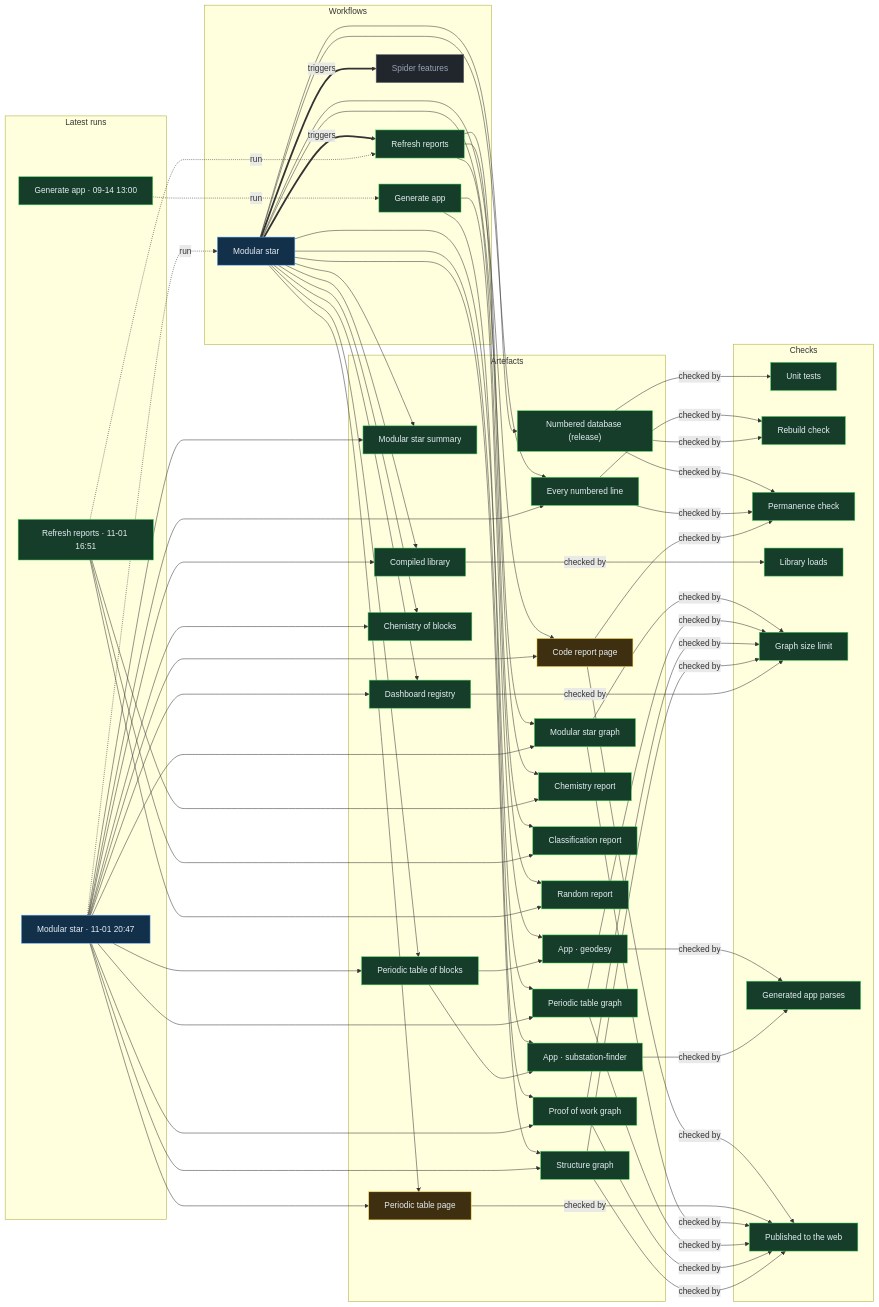
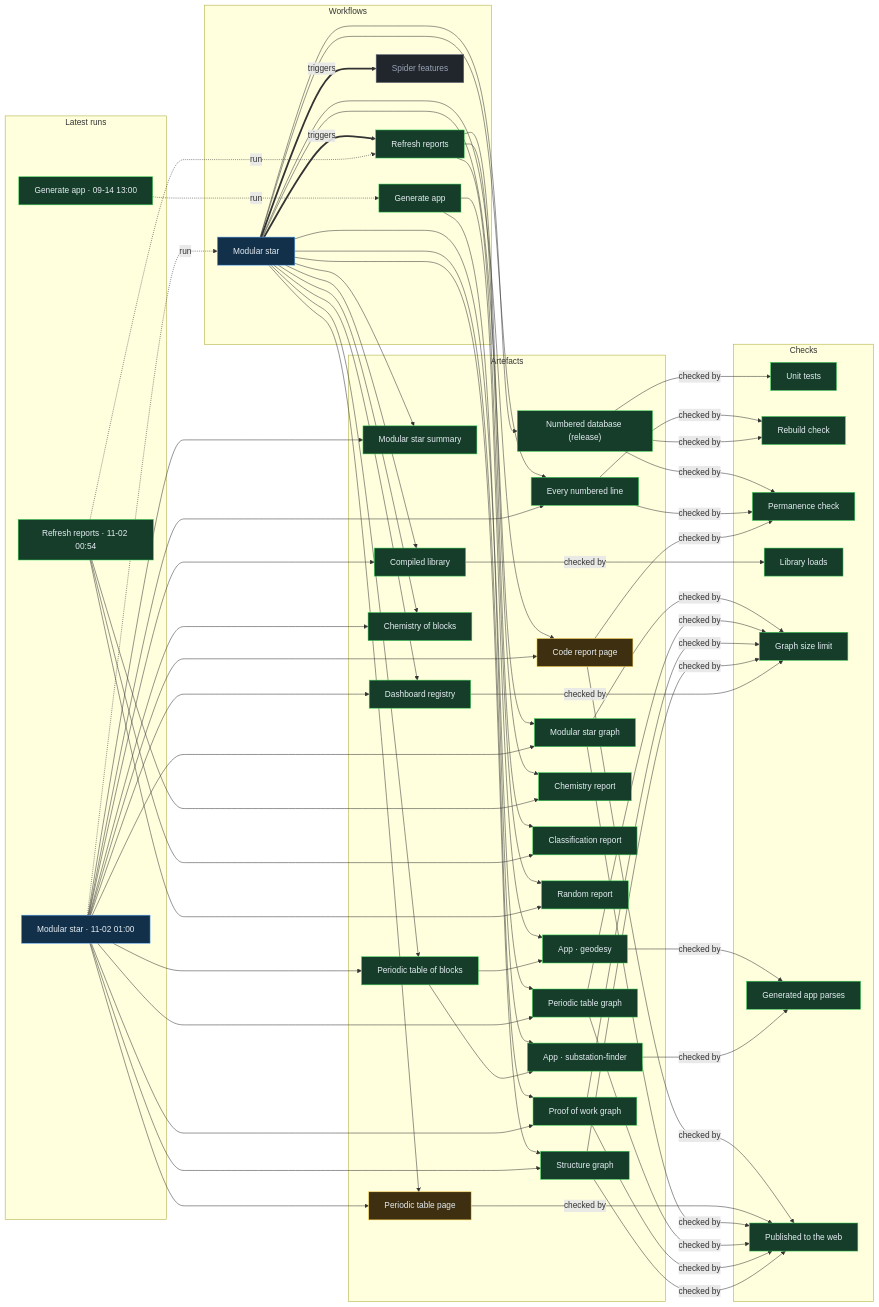
One commit to Ventusltd/stars changed the diagram in proof/PROOF.md. Above: the diagram before and after it, drawn with Mermaid. The commit also changed other lines of this file and 170 other files, not shown here.

Commit message:
Modular star 2026-11-02T01:03Z

```diff
--- a/proof/PROOF.md
+++ b/proof/PROOF.md
@@ -24,8 +24,8 @@
   n_wf_spider_features["Spider features"]:::off
   end
   subgraph g_runs["Latest runs"]
-  n_run_41348687167["Modular star · 11-01 20:47"]:::live
-  n_run_41328455057["Refresh reports · 11-01 16:51"]:::ok
+  n_run_41370137985["Modular star · 11-02 01:00"]:::live
+  n_run_41369663817["Refresh reports · 11-02 00:54"]:::ok
   n_run_34846587798["Generate app · 09-14 13:00"]:::ok
   end
   subgraph g_artefacts["Artefacts"]
@@ -59,39 +59,39 @@
   end
   n_wf_modular_star == triggers ==> n_wf_refresh
   n_wf_modular_star == triggers ==> n_wf_spider_features
-  n_run_41348687167 -. run .-> n_wf_modular_star
-  n_run_41328455057 -. run .-> n_wf_refresh
+  n_run_41370137985 -. run .-> n_wf_modular_star
+  n_run_41369663817 -. run .-> n_wf_refresh
   n_run_34846587798 -. run .-> n_wf_generate
   n_wf_modular_star --> n_art_summary
-  n_run_41348687167 --> n_art_summary
+  n_run_41370137985 --> n_art_summary
   n_wf_modular_star --> n_art_lines
-  n_run_41348687167 --> n_art_lines
+  n_run_41370137985 --> n_art_lines
   n_wf_modular_star --> n_art_code
-  n_run_41348687167 --> n_art_code
+  n_run_41370137985 --> n_art_code
   n_wf_modular_star --> n_art_modular_graph
-  n_run_41348687167 --> n_art_modular_graph
+  n_run_41370137985 --> n_art_modular_graph
   n_wf_modular_star --> n_art_blocks
-  n_run_41348687167 --> n_art_blocks
+  n_run_41370137985 --> n_art_blocks
   n_wf_modular_star --> n_art_table
-  n_run_41348687167 --> n_art_table
+  n_run_41370137985 --> n_art_table
   n_wf_modular_star --> n_art_blocks_graph
-  n_run_41348687167 --> n_art_blocks_graph
+  n_run_41370137985 --> n_art_blocks_graph
   n_wf_modular_star --> n_art_reactions
-  n_run_41348687167 --> n_art_reactions
+  n_run_41370137985 --> n_art_reactions
   n_wf_modular_star --> n_art_library
-  n_run_41348687167 --> n_art_library
+  n_run_41370137985 --> n_art_library
   n_wf_modular_star --> n_art_features
-  n_run_41348687167 --> n_art_features
+  n_run_41370137985 --> n_art_features
   n_wf_modular_star --> n_art_proof
-  n_run_41348687167 --> n_art_proof
+  n_run_41370137985 --> n_art_proof
   n_wf_modular_star --> n_art_structure
-  n_run_41348687167 --> n_art_structure
+  n_run_41370137985 --> n_art_structure
   n_wf_refresh --> n_art_chemistry
-  n_run_41328455057 --> n_art_chemistry
+  n_run_41369663817 --> n_art_chemistry
   n_wf_refresh --> n_art_vedic
-  n_run_41328455057 --> n_art_vedic
+  n_run_41369663817 --> n_art_vedic
   n_wf_refresh --> n_art_random
-  n_run_41328455057 --> n_art_random
+  n_run_41369663817 --> n_art_random
   n_wf_modular_star --> n_art_release
   n_wf_generate --> n_app_geodesy
   n_art_blocks --> n_app_geodesy
```
